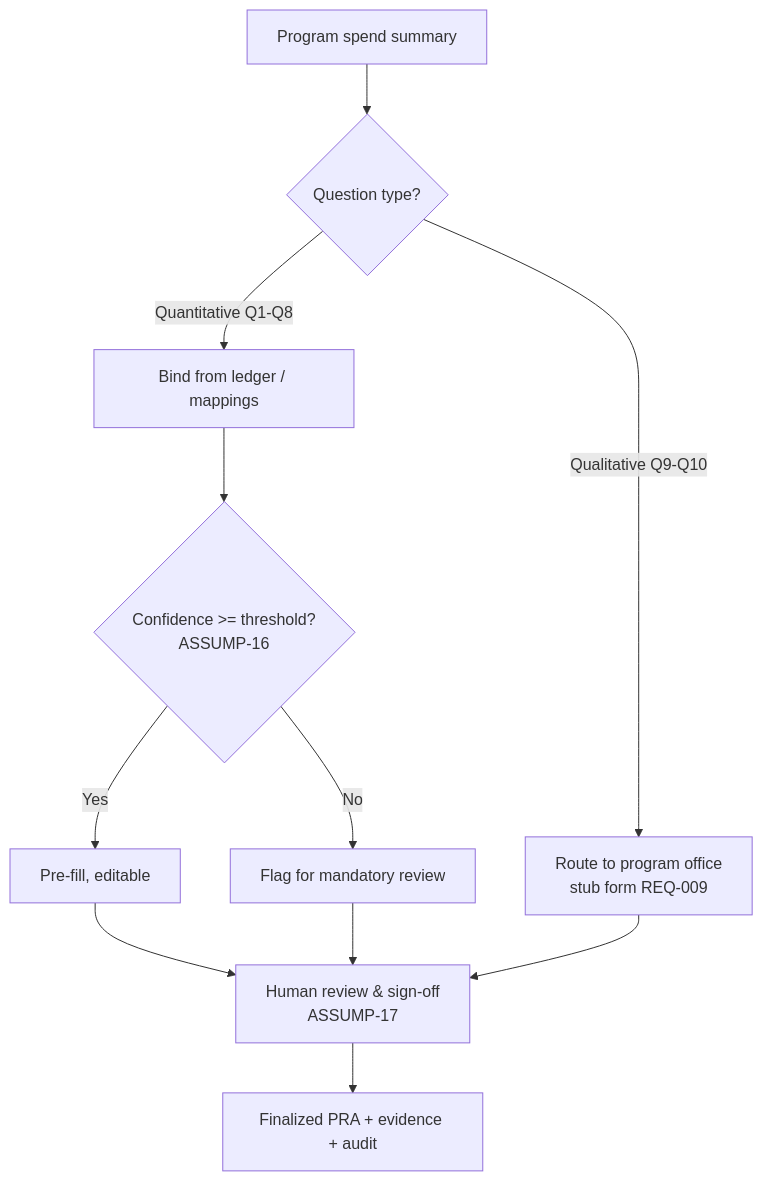
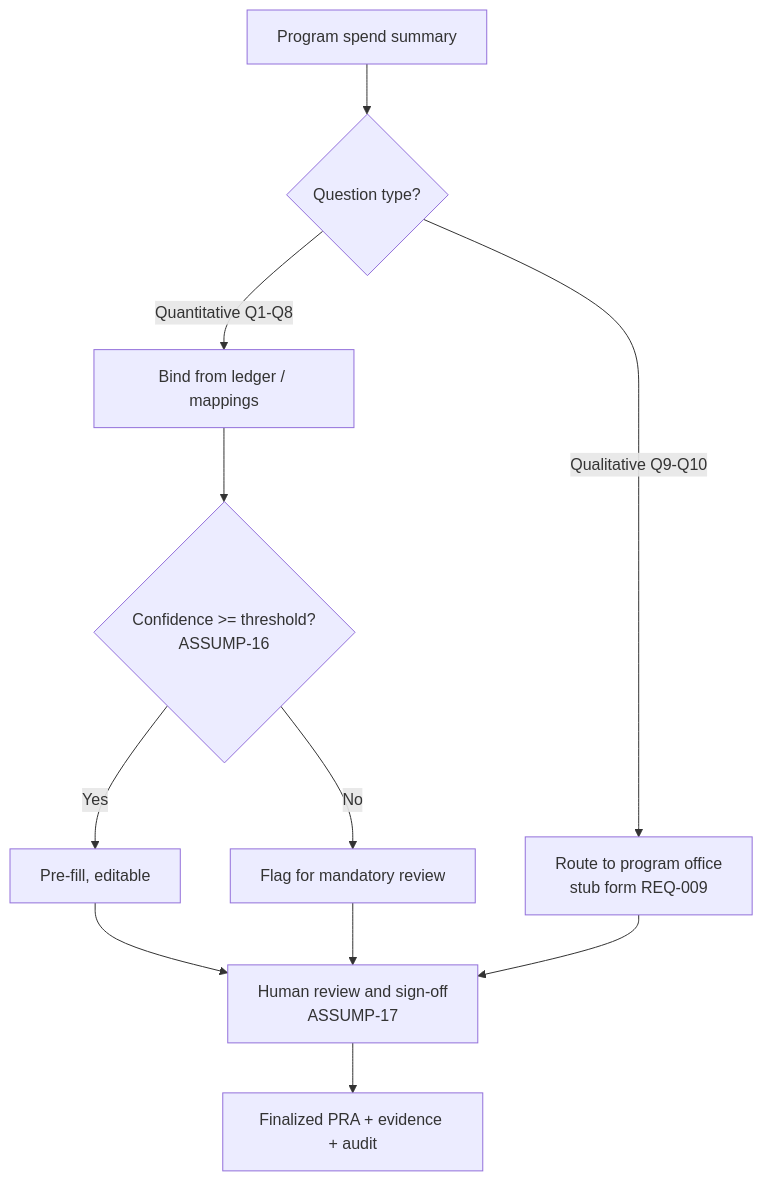
Before and after one commit to seanyofthedead/fema-id: the first of 2 diagrams in solution-design/fema-program-id-risk-assessment/10-risk-assessment-automation.md, drawn with Mermaid. The commit also changed other lines of this file and 6 other files, not shown here.

````diff
--- a/solution-design/fema-program-id-risk-assessment/10-risk-assessment-automation.md
+++ b/solution-design/fema-program-id-risk-assessment/10-risk-assessment-automation.md
@@ -42,13 +42,13 @@
 ```mermaid
 flowchart TD
     P[Program spend summary] --> A{Question type?}
     A -->|Quantitative Q1-Q8| B[Bind from ledger / mappings]
     B --> C{Confidence >= threshold?<br/>ASSUMP-16}
     C -->|Yes| D[Pre-fill, editable]
     C -->|No| E[Flag for mandatory review]
     A -->|Qualitative Q9-Q10| F[Route to program office<br/>stub form REQ-009]
-    D --> G[Human review & sign-off<br/>ASSUMP-17]
+    D --> G[Human review and sign-off<br/>ASSUMP-17]
     E --> G
     F --> G
     G --> H[Finalized PRA + evidence + audit]
 ```
````
